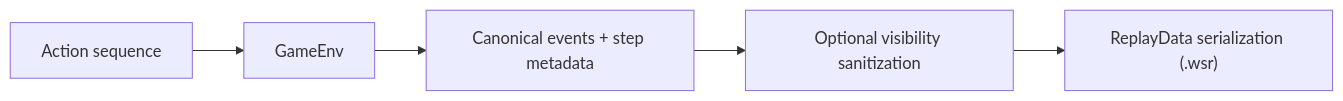
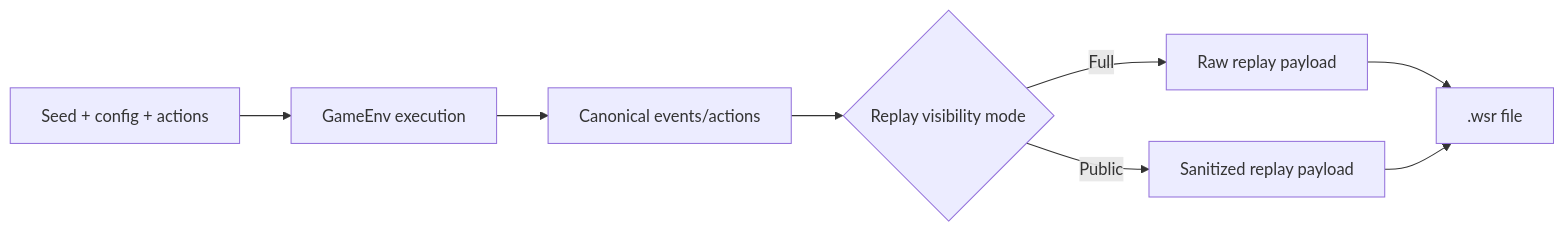
One commit to victorwp288/weiss-schwarz-simulator changed the diagram in docs/replays_determinism.md. Above: the diagram before and after it, drawn with Mermaid. The commit also changed other lines of this file and 16 other files, not shown here.

````diff
--- a/docs/replays_determinism.md
+++ b/docs/replays_determinism.md
@@ -14,7 +7,10 @@
 ```mermaid
 flowchart LR
-  A["Action sequence"] --> B["GameEnv"]
-  B --> C["Canonical events + step metadata"]
-  C --> D["Optional visibility sanitization"]
-  D --> E["ReplayData serialization (.wsr)"]
+  A["Seed + config + actions"] --> B["GameEnv execution"]
+  B --> C["Canonical events/actions"]
+  C --> D{"Replay visibility mode"}
+  D -->|"Full"| E["Raw replay payload"]
+  D -->|"Public"| F["Sanitized replay payload"]
+  E --> G[".wsr file"]
+  F --> G
 ```
````
